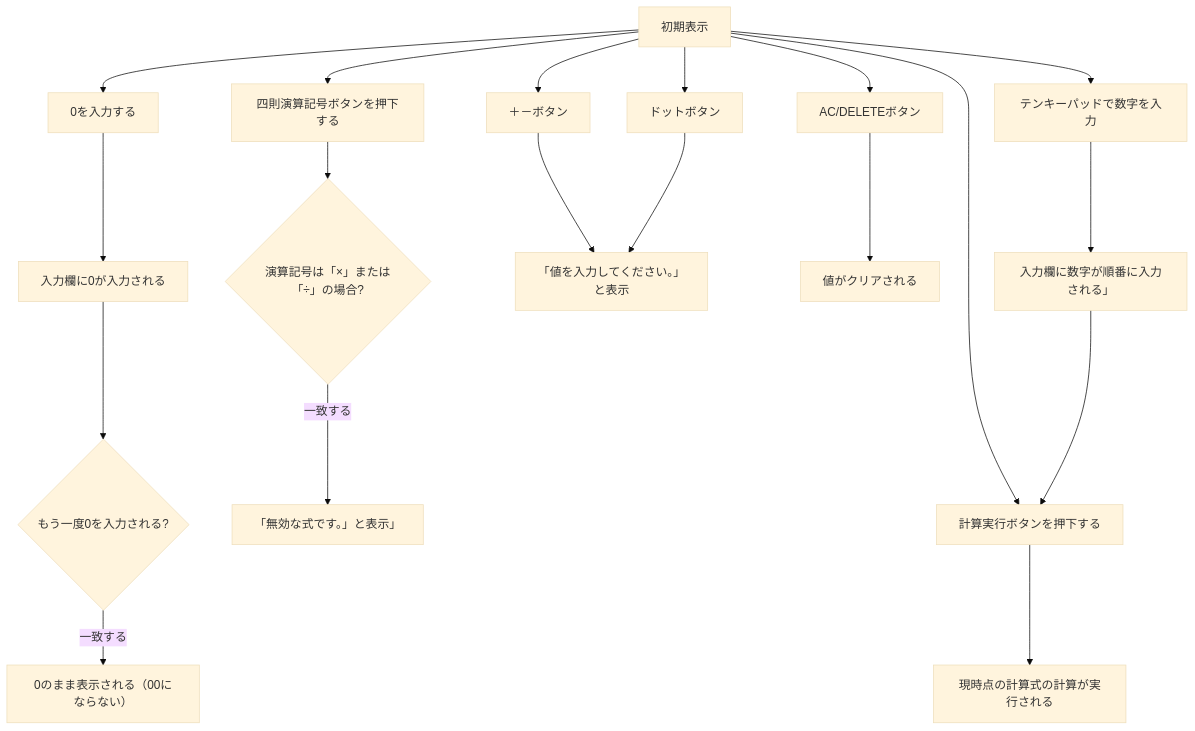
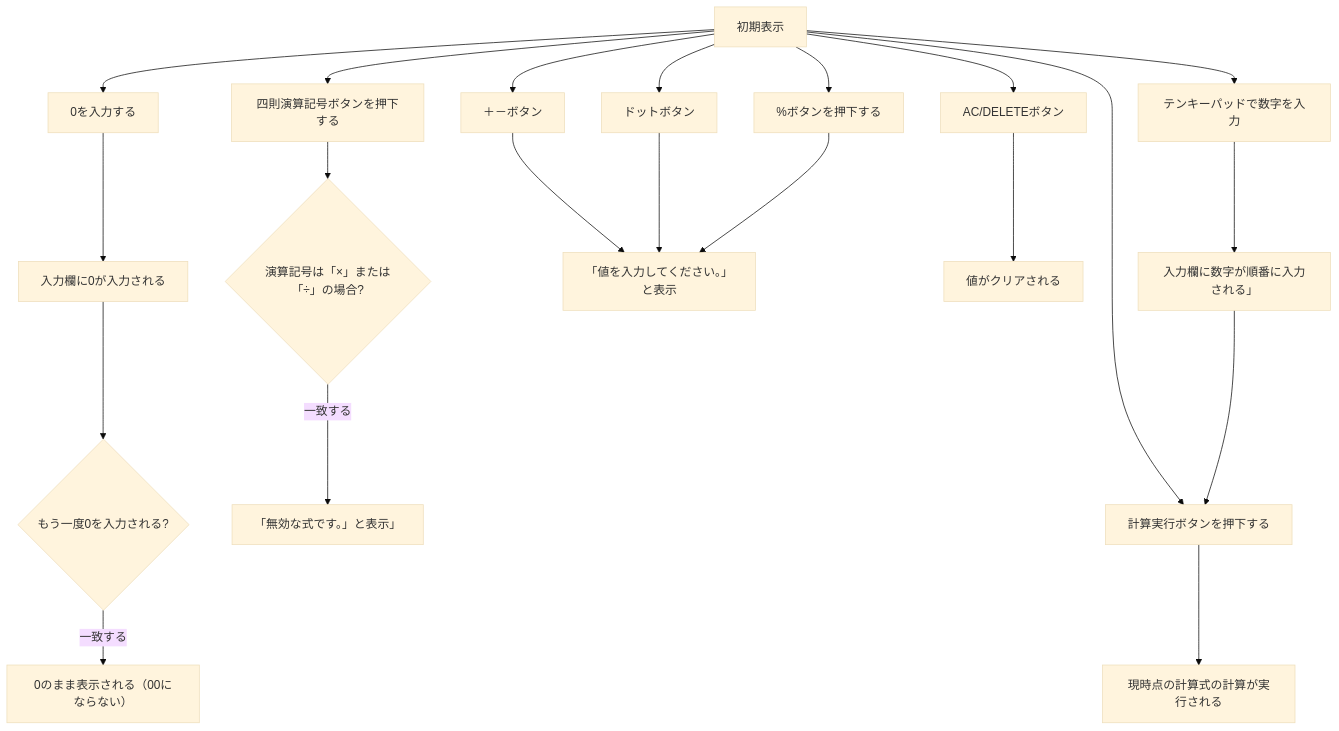
One commit to N3question/jsp-servlet-calculator changed the diagram in 基本設計書.md. Above: the diagram before and after it, drawn with Mermaid (base theme).

````diff
--- a/基本設計書.md
+++ b/基本設計書.md
@@ -68,12 +68,13 @@
 ```mermaid
 flowchart TB
     A[初期表示] --> B[0を入力する] --> C[入力欄に0が入力される] -->
     P{もう一度0を入力される?} -- 一致する --> Q[0のまま表示される（00にならない）]
     A[初期表示] --> D[四則演算記号ボタンを押下する] -->
     E{演算記号は「×」または「÷」の場合?} -- 一致する --> F[「無効な式です。」と表示」]
     A[初期表示] --> G[計算実行ボタンを押下する] --> H[現時点の計算式の計算が実行される]
     A[初期表示] --> I[＋－ボタン] --> J[「値を入力してください。」と表示]
     A[初期表示] --> K[ドットボタン] --> J[「値を入力してください。」と表示]
+    A[初期表示] --> R[%ボタンを押下する] --> J[「値を入力してください。」と表示]
     A[初期表示] --> L[AC/DELETEボタン] --> O[値がクリアされる]
     A[初期表示] --> N[テンキーパッドで数字を入力] --> M[入力欄に数字が順番に入力される」] --> G[計算実行ボタンを押下する]
 ```
````
